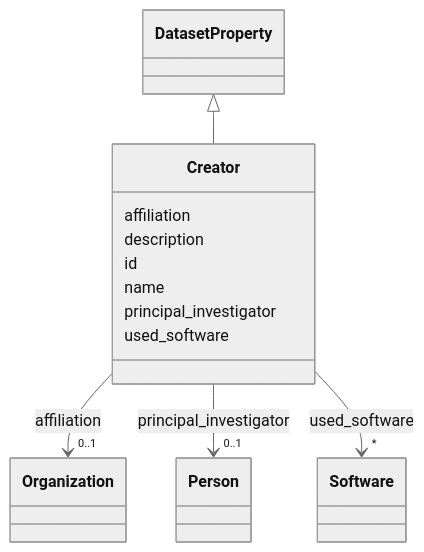
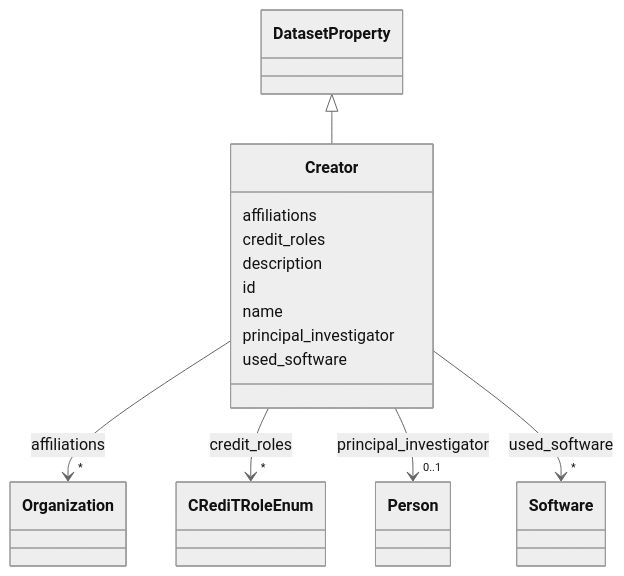
The diagram in docs/Creator.md (bridge2ai/data-sheets-schema), drawn with Mermaid (neutral theme) before and after one commit. The commit also changed other lines of this file and 682 other files, not shown here.

````diff
--- a/docs/Creator.md
+++ b/docs/Creator.md
@@ -20,48 +20,59 @@
 ```mermaid
  classDiagram
     class Creator
     click Creator href "../Creator/"
       DatasetProperty <|-- Creator
         click DatasetProperty href "../DatasetProperty/"
       
-      Creator : affiliation
+      Creator : affiliations
         
           
     
         
         
-        Creator --> "0..1" Organization : affiliation
+        Creator --> "*" Organization : affiliations
         click Organization href "../Organization/"
+    
+
+        
+      Creator : credit_roles
+        
+          
+    
+        
+        
+        Creator --> "*" CRediTRoleEnum : credit_roles
+        click CRediTRoleEnum href "../CRediTRoleEnum/"
     
 
         
       Creator : description
         
       Creator : id
         
       Creator : name
         
       Creator : principal_investigator
         
           
     
         
         
         Creator --> "0..1" Person : principal_investigator
         click Person href "../Person/"
     
 
         
       Creator : used_software
         
           
     
         
         
         Creator --> "*" Software : used_software
         click Software href "../Software/"
     
 
         
       
 ```
````
